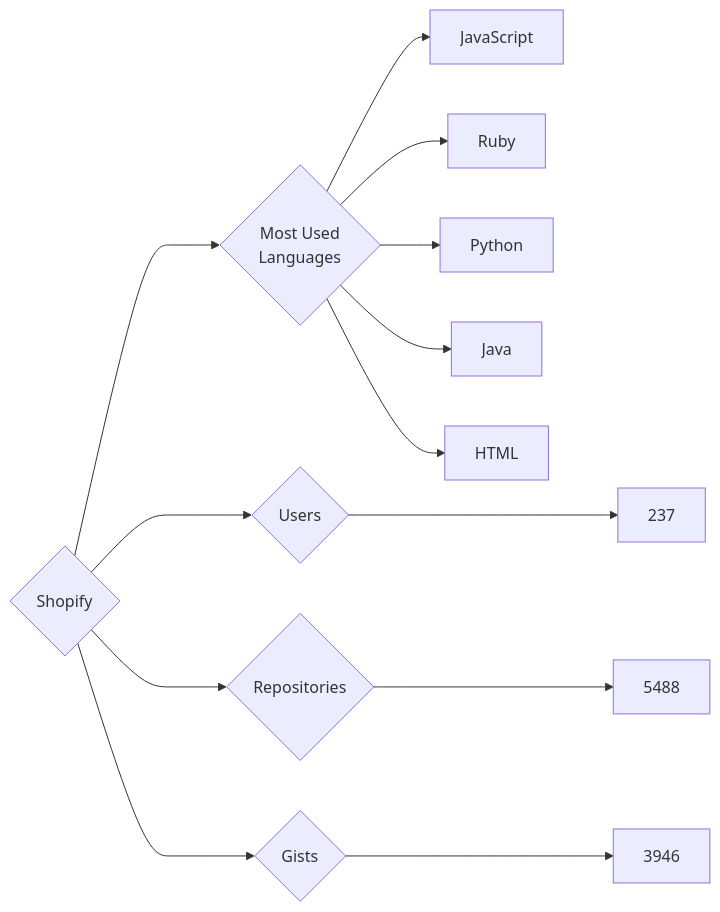
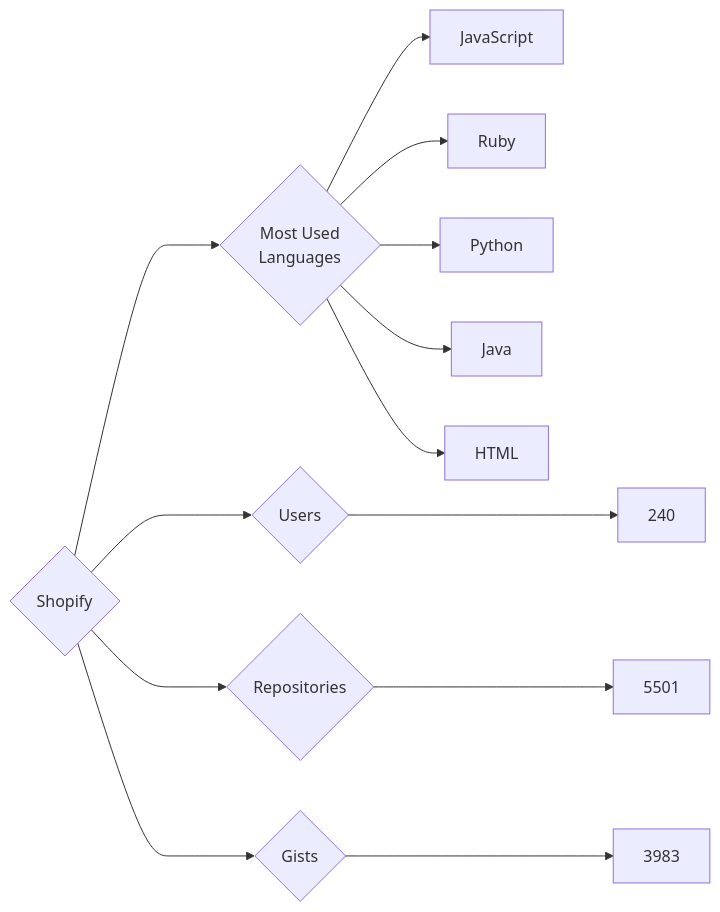
Before and after one commit to trickest/insiders: the diagram in targets/Shopify/README.md, drawn with Mermaid. The commit also changed 797 other files, not shown here.

````diff
--- a/targets/Shopify/README.md
+++ b/targets/Shopify/README.md
@@ -3,13 +3,13 @@
 ```mermaid
 graph LR
 COMPANY_NAME{Shopify}
-COMPANY_NAME ---> U{Users} ---> UN[237]
-COMPANY_NAME ---> R{Repositories} ---> RN[5488]
-COMPANY_NAME ---> G{Gists} ---> GN[3946]
+COMPANY_NAME ---> U{Users} ---> UN[240]
+COMPANY_NAME ---> R{Repositories} ---> RN[5501]
+COMPANY_NAME ---> G{Gists} ---> GN[3983]
 COMPANY_NAME ---> ML{Most Used<br>Languages}
 ML --> JavaScript[JavaScript]
 ML --> Ruby[Ruby]
 ML --> Python[Python]
 ML --> Java[Java]
 ML --> HTML[HTML]
 ```
````
